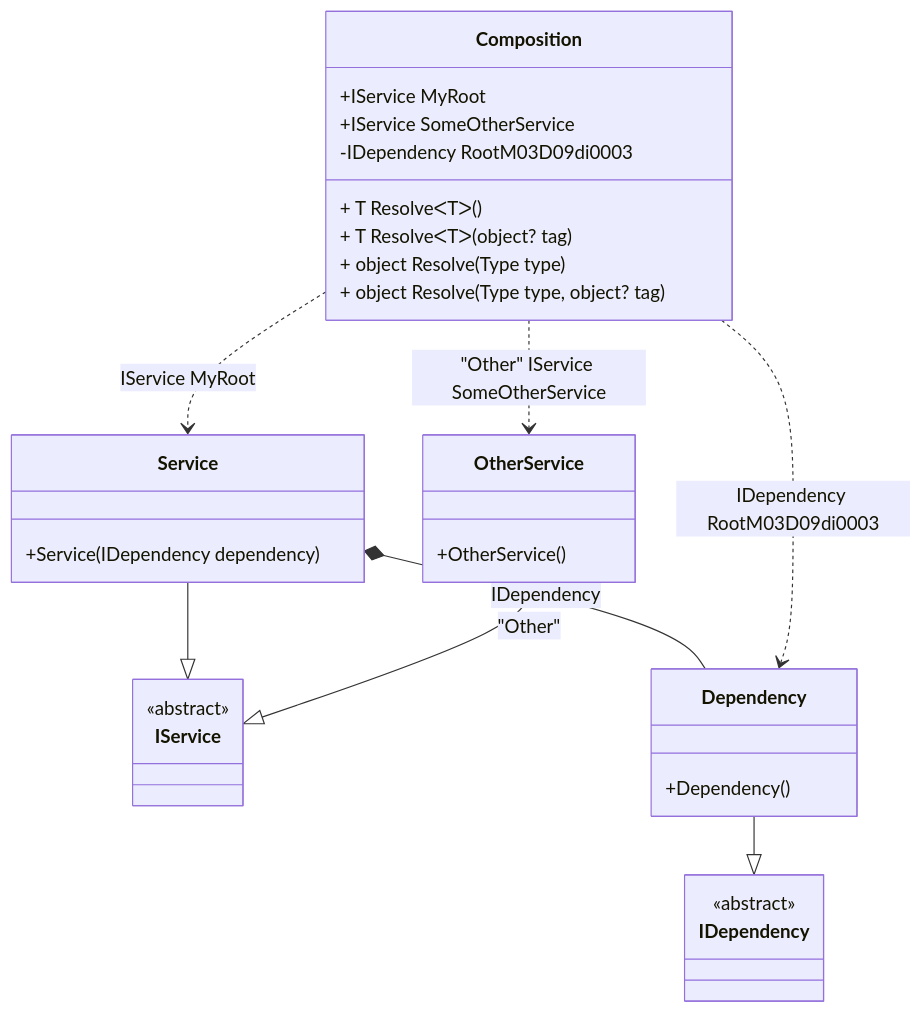
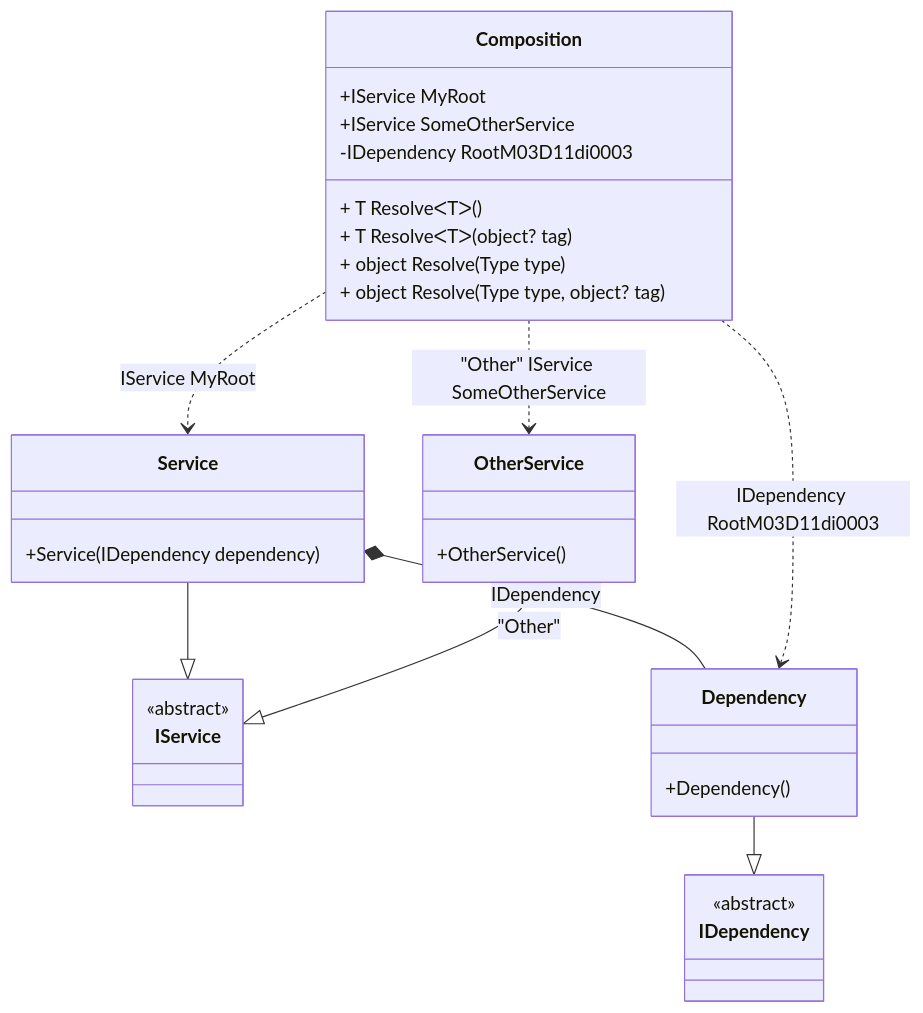
One commit to DevTeam/Pure.DI changed the diagram in readme/composition-roots.md. Above: the diagram before and after it, drawn with Mermaid. The commit also changed other lines of this file and 73 other files, not shown here.

````diff
--- a/readme/composition-roots.md
+++ b/readme/composition-roots.md
@@ -66,34 +66,34 @@
 ```mermaid
 classDiagram
   class Composition {
     +IService MyRoot
     +IService SomeOtherService
-    -IDependency RootM03D09di0003
+    -IDependency RootM03D11di0003
     + T ResolveᐸTᐳ()
     + T ResolveᐸTᐳ(object? tag)
     + object Resolve(Type type)
     + object Resolve(Type type, object? tag)
   }
   Service --|> IService : 
   class Service {
     +Service(IDependency dependency)
   }
   OtherService --|> IService : "Other" 
   class OtherService {
     +OtherService()
   }
   Dependency --|> IDependency : 
   class Dependency {
     +Dependency()
   }
   class IService {
     <<abstract>>
   }
   class IDependency {
     <<abstract>>
   }
   Service *--  Dependency : IDependency
   Composition ..> Service : IService MyRoot
   Composition ..> OtherService : "Other" IService SomeOtherService
-  Composition ..> Dependency : IDependency RootM03D09di0003
+  Composition ..> Dependency : IDependency RootM03D11di0003
 ```
````
